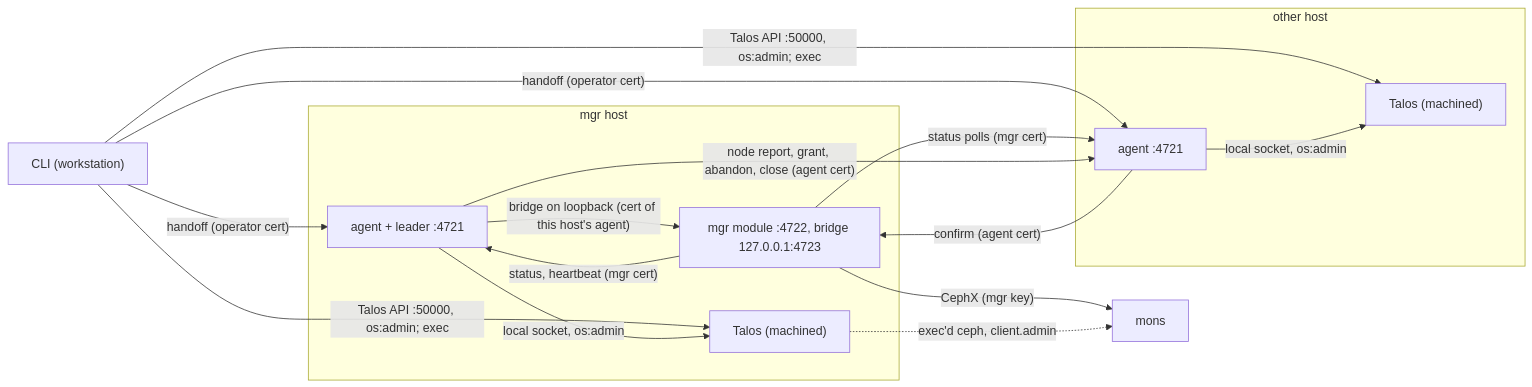
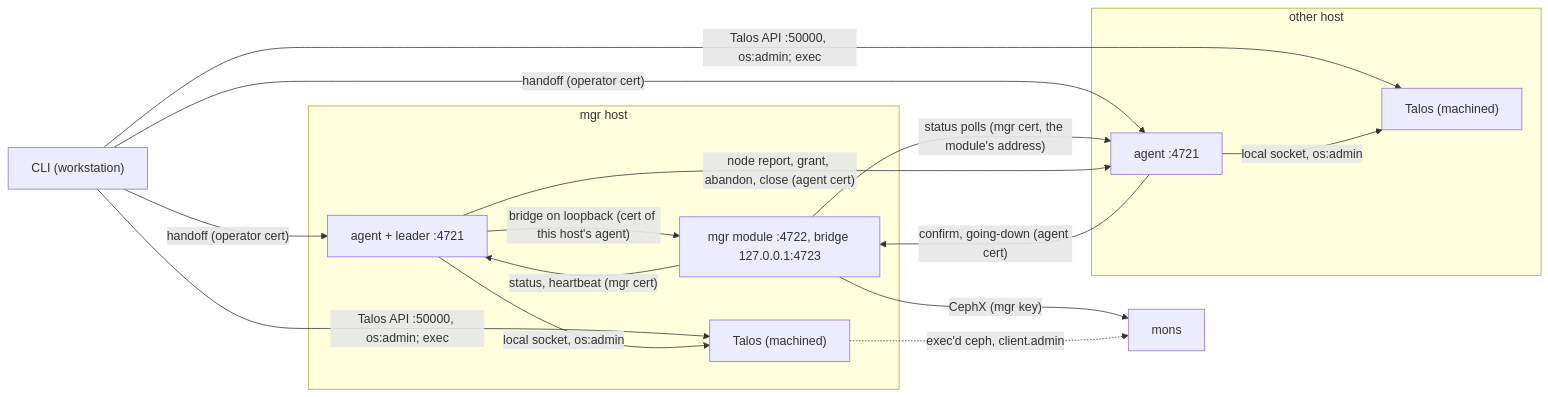
One commit to nberlee/cephadm-talos changed the first of 2 diagrams in docs/architecture.md. Above: the diagram before and after it, drawn with Mermaid. The commit also changed other lines of this file and 22 other files, not shown here.

````diff
--- a/docs/architecture.md
+++ b/docs/architecture.md
@@ -69,27 +69,27 @@
 ```mermaid
 flowchart LR
   CLI["CLI (workstation)"]
   subgraph nodeA["mgr host"]
     MGR["mgr module :4722, bridge 127.0.0.1:4723"]
     LA["agent + leader :4721"]
     TA["Talos (machined)"]
   end
   subgraph nodeB["other host"]
     AB["agent :4721"]
     TB["Talos (machined)"]
   end
   MONS["mons"]
   CLI -- "Talos API :50000, os:admin; exec" --> TA
   CLI -- "Talos API :50000, os:admin; exec" --> TB
   CLI -- "handoff (operator cert)" --> LA
   CLI -- "handoff (operator cert)" --> AB
-  MGR -- "status polls (mgr cert)" --> AB
+  MGR -- "status polls (mgr cert, the module's address)" --> AB
   MGR -- "status, heartbeat (mgr cert)" --> LA
   LA -- "bridge on loopback (cert of this host's agent)" --> MGR
-  AB -- "confirm (agent cert)" --> MGR
+  AB -- "confirm, going-down (agent cert)" --> MGR
   LA -- "node report, grant, abandon, close (agent cert)" --> AB
   LA -- "local socket, os:admin" --> TA
   AB -- "local socket, os:admin" --> TB
   MGR -- "CephX (mgr key)" --> MONS
   TA -. "exec'd ceph, client.admin" .-> MONS
 ```
````
